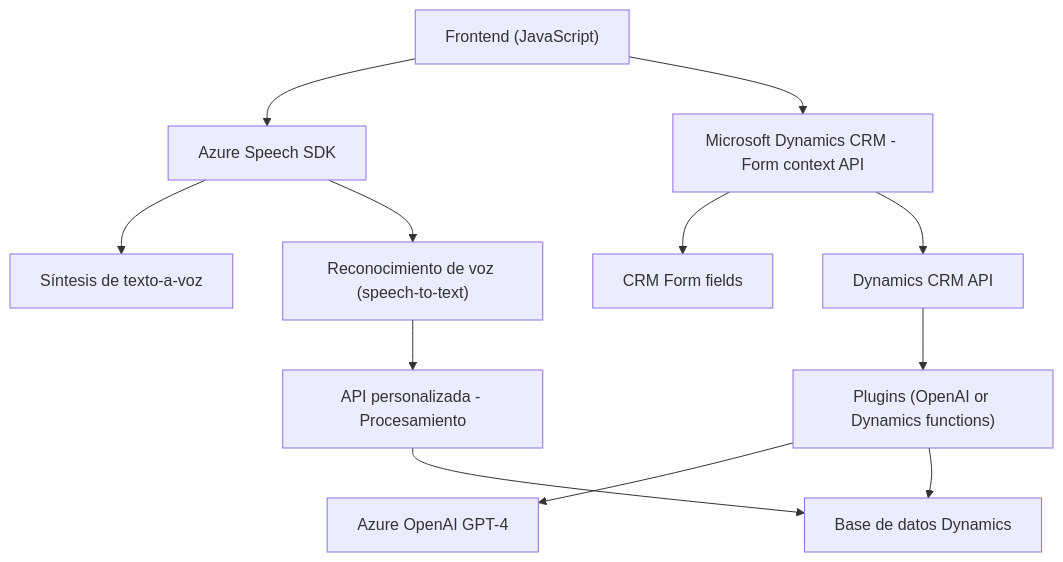
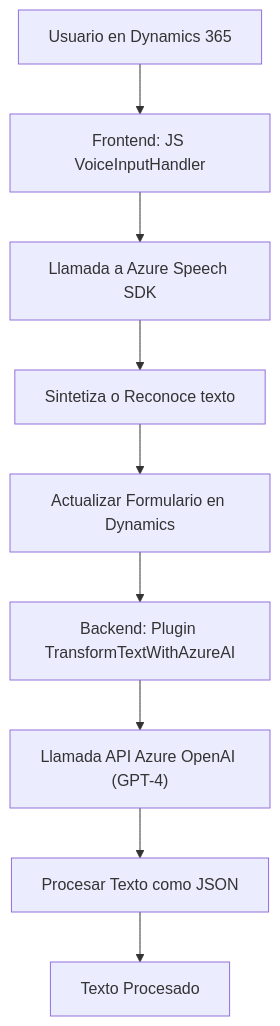
Before and after one commit to blopezdm/NETCORE_BILBAO2025: the diagram in README.md, drawn with Mermaid. The commit also changed other lines of this file, not shown here.

Commit message:
Actualizar análisis global de la solución con IA

````diff
--- a/README.md
+++ b/README.md
@@ -34,14 +55,21 @@
 ```mermaid
 graph TD
-    A["Frontend (JavaScript)"] --> B["Azure Speech SDK"]
-    A --> C["Microsoft Dynamics CRM - Form context API"]
-    B --> D["Síntesis de texto-a-voz"]
-    B --> E["Reconocimiento de voz (speech-to-text)"]
-    C --> F["CRM Form fields"]
-    C --> G["Dynamics CRM API"]
-    G --> H["Plugins (OpenAI or Dynamics functions)"]
-    H --> I["Azure OpenAI GPT-4"]
-    H --> J["Database updates"]
-    E --> K["API personalizada - Procesamiento"]
-    K --> J["Base de datos Dynamics"]
+    A["Usuario en Dynamics 365"]
+    B["Frontend: JS VoiceInputHandler"]
+    C["Llamada a Azure Speech SDK"]
+    D["Sintetiza o Reconoce texto"]
+    E["Actualizar Formulario en Dynamics"]
+    F["Backend: Plugin TransformTextWithAzureAI"]
+    G["Llamada API Azure OpenAI (GPT-4)"]
+    H["Procesar Texto como JSON"]
+    I["Texto Procesado"]
+
+    A --> B
+    B --> C
+    C --> D
+    D --> E
+    E --> F
+    F --> G
+    G --> H
+    H --> I
 ```
````
